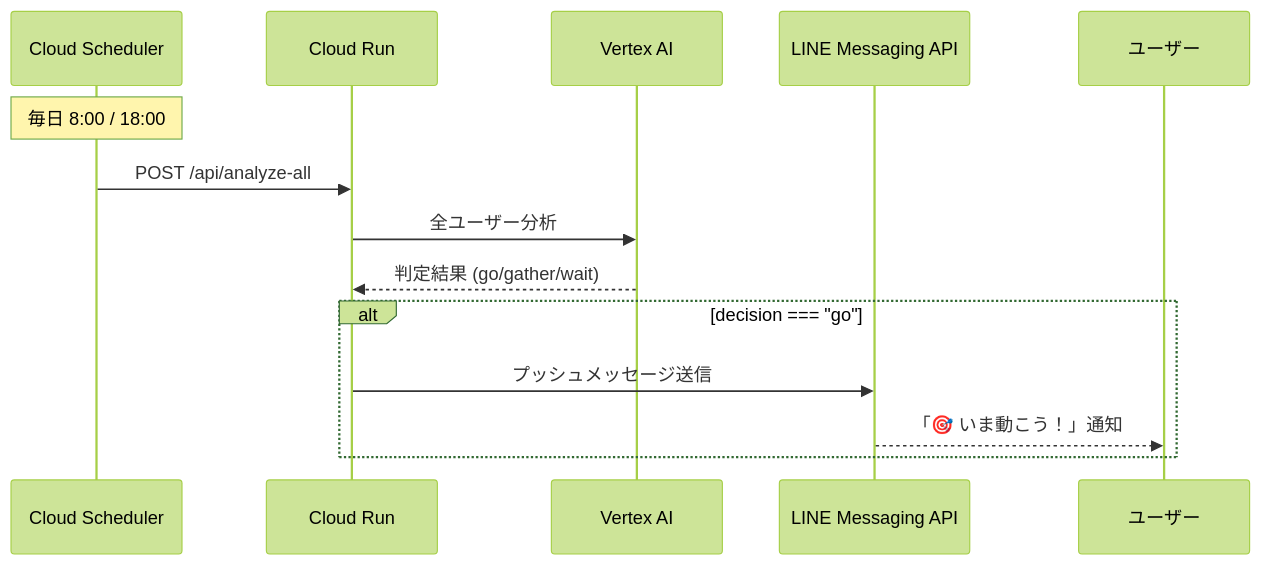
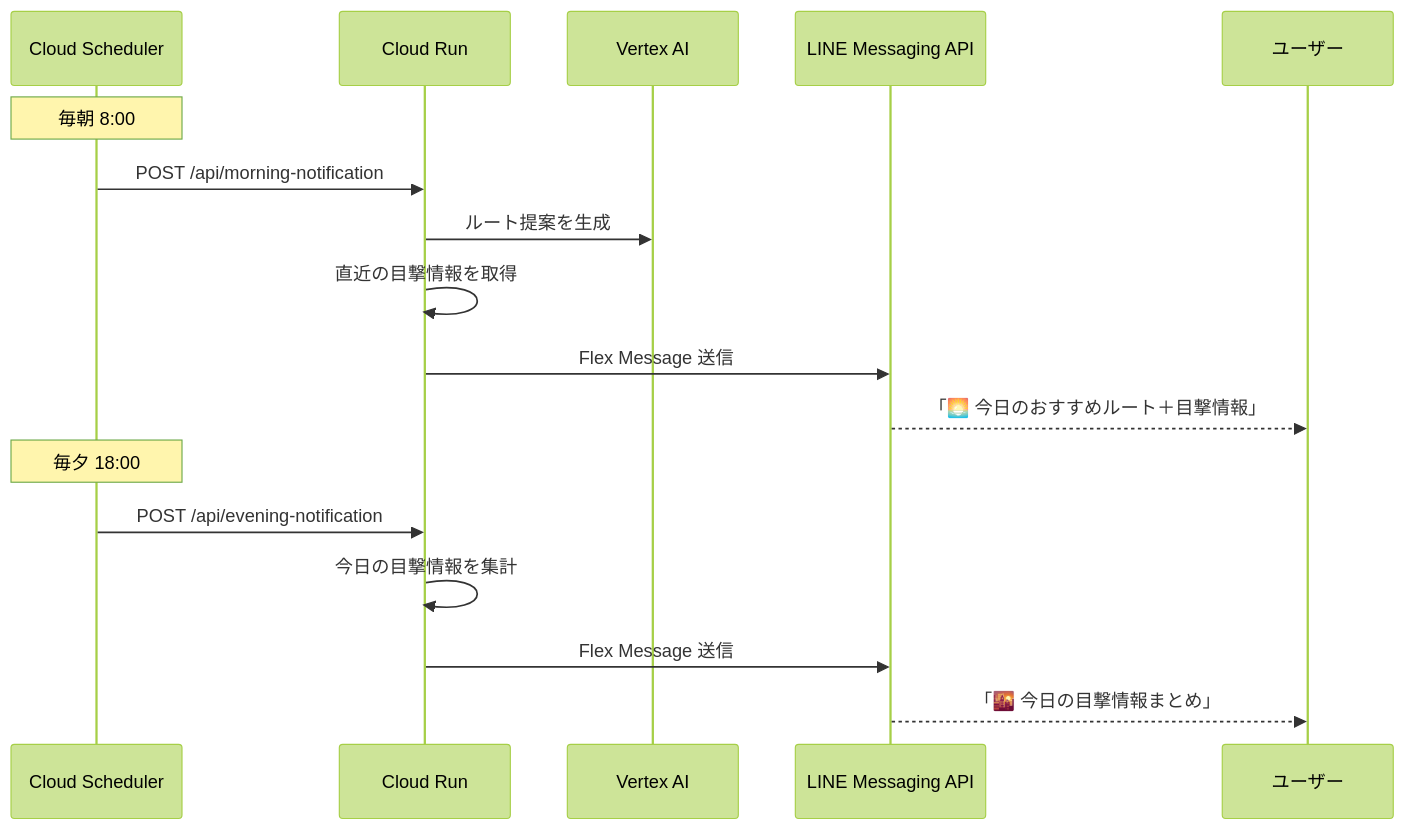
One commit to nekoai-lab/tsugi-no-tokimeki changed the fifth of 5 diagrams in README.md. Above: the diagram before and after it, drawn with Mermaid (forest theme). The commit also changed other lines of this file, not shown here.

````diff
--- a/README.md
+++ b/README.md
@@ -563,18 +581,21 @@
 ```mermaid
 sequenceDiagram
     participant Scheduler as Cloud Scheduler
     participant API as Cloud Run
     participant AI as Vertex AI
     participant LINE as LINE Messaging API
     participant User as ユーザー
 
-    Note over Scheduler: 毎日 8:00 / 18:00
-    Scheduler->>API: POST /api/analyze-all
-    API->>AI: 全ユーザー分析
-    AI-->>API: 判定結果 (go/gather/wait)
-    
-    alt decision === "go"
-        API->>LINE: プッシュメッセージ送信
-        LINE-->>User: 「🎯 いま動こう！」通知
-    end
+    Note over Scheduler: 毎朝 8:00
+    Scheduler->>API: POST /api/morning-notification
+    API->>AI: ルート提案を生成
+    API->>API: 直近の目撃情報を取得
+    API->>LINE: Flex Message 送信
+    LINE-->>User: 「🌅 今日のおすすめルート＋目撃情報」
+
+    Note over Scheduler: 毎夕 18:00
+    Scheduler->>API: POST /api/evening-notification
+    API->>API: 今日の目撃情報を集計
+    API->>LINE: Flex Message 送信
+    LINE-->>User: 「🌇 今日の目撃情報まとめ」
 ```
````
